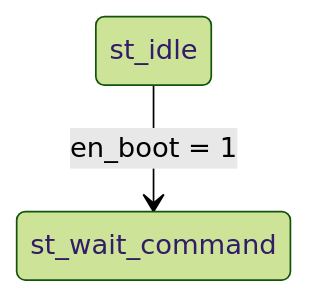
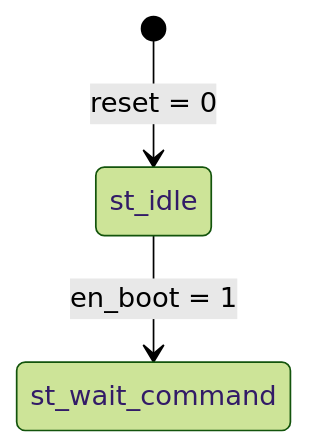
The diagram in README.md (dezamora98/Oregano8051_HW_bootloader), drawn with Mermaid (forest theme) before and after one commit.

Commit message:
create state diagram in readme.md

````diff
--- a/README.md
+++ b/README.md
@@ -6,6 +6,7 @@
 ```mermaid
 stateDiagram-v2
 
+    [*] --> st_idle: reset = 0
     st_idle --> st_wait_command: en_boot = 1
 
 ```
````
